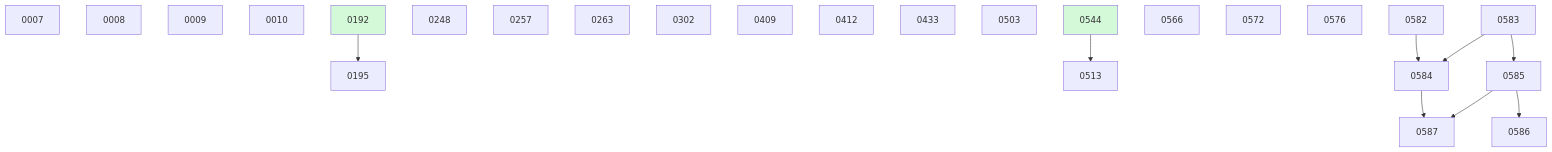
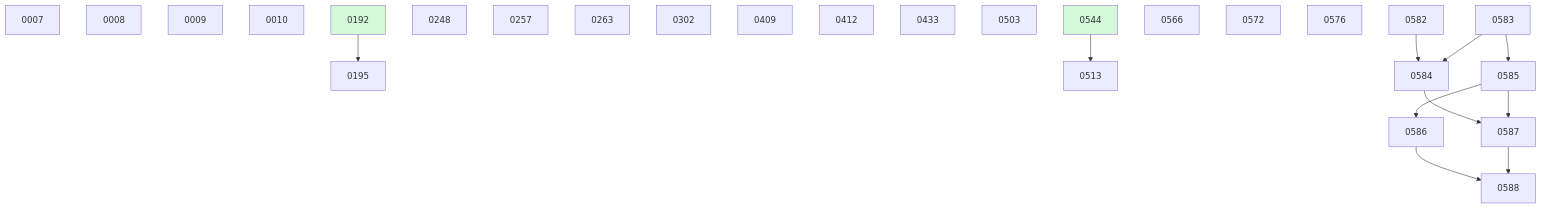
One commit to danielhanold/docket changed the diagram in docs/changes/BOARD.md. Above: the diagram before and after it, drawn with Mermaid. The commit also changed other lines of this file and 1 other file, not shown here.

````diff
--- a/docs/changes/BOARD.md
+++ b/docs/changes/BOARD.md
@@ -38,31 +39,33 @@
 ```mermaid
 graph TD
   0007
   0008
   0009
   0010
   0192 --> 0195
   0248
   0257
   0263
   0302
   0409
   0412
   0433
   0503
   0544 --> 0513
   0566
   0572
   0576
   0582
   0583
   0582 --> 0584
   0583 --> 0584
   0583 --> 0585
   0585 --> 0586
   0584 --> 0587
   0585 --> 0587
+  0586 --> 0588
+  0587 --> 0588
   0192:::done
   0544:::done
   classDef done fill:#d3f9d8;
 ```
````
